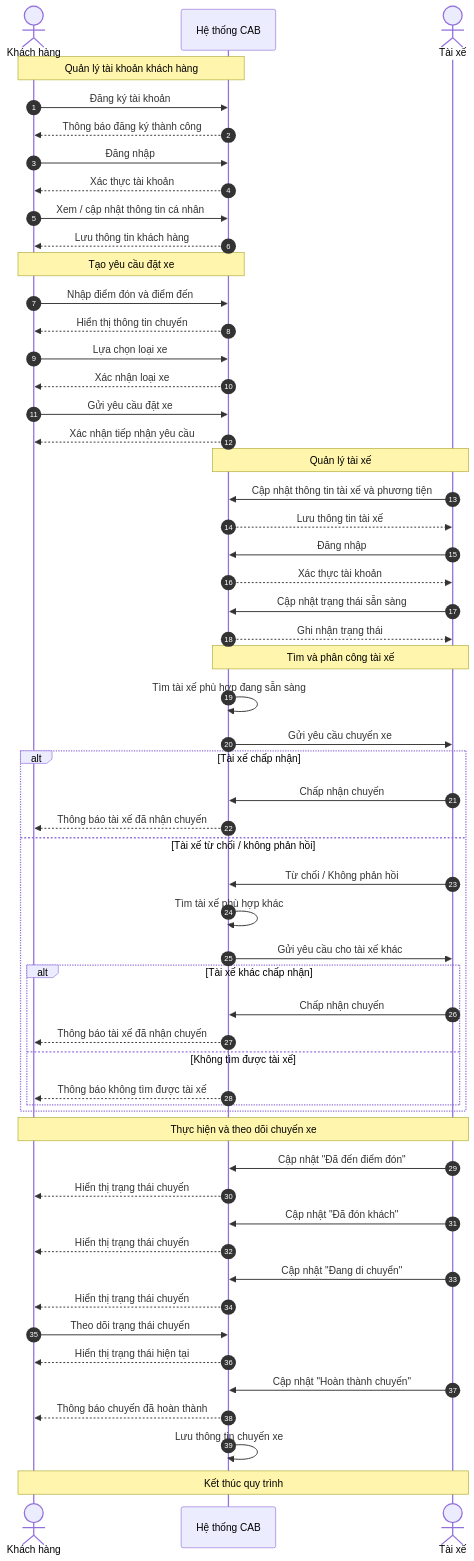
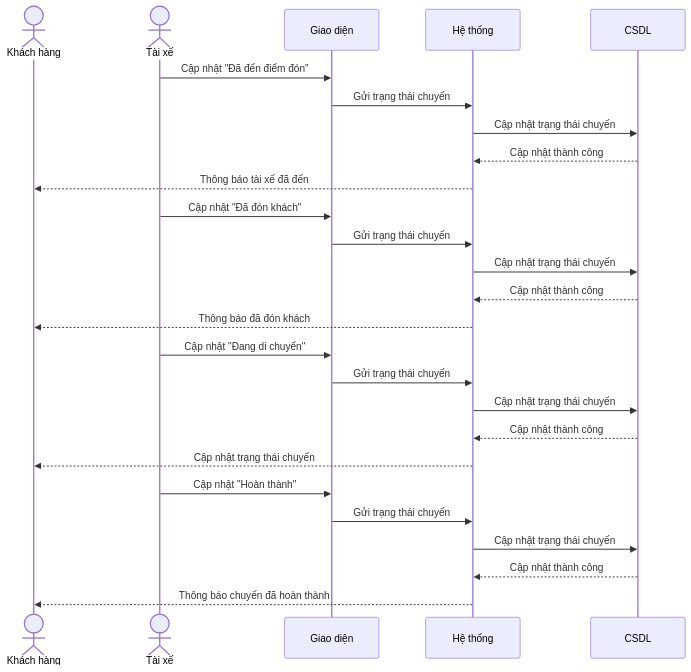
Before and after one commit to hieunghia11a10-prog/23670421_LeHieuNghia_CABSYSTEM: the tenth of 14 diagrams in SRS.md, drawn with Mermaid. The commit also changed other lines of this file, not shown here.

````diff
--- a/SRS.md
+++ b/SRS.md
@@ -686,84 +764,32 @@
 ```mermaid
 sequenceDiagram
-    autonumber
+    actor KH as Khách hàng
+    actor TX as Tài xế
+    participant UI as Giao diện
+    participant SYS as Hệ thống
+    participant DB as CSDL
 
-    actor KH as Khách hàng
-    participant HT as Hệ thống CAB
-    actor TX as Tài xế
+    TX->>UI: Cập nhật "Đã đến điểm đón"
+    UI->>SYS: Gửi trạng thái chuyến
+    SYS->>DB: Cập nhật trạng thái chuyến
+    DB-->>SYS: Cập nhật thành công
+    SYS-->>KH: Thông báo tài xế đã đến
 
-    Note over KH,HT: Quản lý tài khoản khách hàng
+    TX->>UI: Cập nhật "Đã đón khách"
+    UI->>SYS: Gửi trạng thái chuyến
+    SYS->>DB: Cập nhật trạng thái chuyến
+    DB-->>SYS: Cập nhật thành công
+    SYS-->>KH: Thông báo đã đón khách
 
-    KH->>HT: Đăng ký tài khoản
-    HT-->>KH: Thông báo đăng ký thành công
+    TX->>UI: Cập nhật "Đang di chuyển"
+    UI->>SYS: Gửi trạng thái chuyến
+    SYS->>DB: Cập nhật trạng thái chuyến
+    DB-->>SYS: Cập nhật thành công
+    SYS-->>KH: Cập nhật trạng thái chuyến
 
-    KH->>HT: Đăng nhập
-    HT-->>KH: Xác thực tài khoản
-
-    KH->>HT: Xem / cập nhật thông tin cá nhân
-    HT-->>KH: Lưu thông tin khách hàng
-
-    Note over KH,HT: Tạo yêu cầu đặt xe
-
-    KH->>HT: Nhập điểm đón và điểm đến
-    HT-->>KH: Hiển thị thông tin chuyến
-
-    KH->>HT: Lựa chọn loại xe
-    HT-->>KH: Xác nhận loại xe
-
-    KH->>HT: Gửi yêu cầu đặt xe
-    HT-->>KH: Xác nhận tiếp nhận yêu cầu
-
-    Note over TX,HT: Quản lý tài xế
-
-    TX->>HT: Cập nhật thông tin tài xế và phương tiện
-    HT-->>TX: Lưu thông tin tài xế
-
-    TX->>HT: Đăng nhập
-    HT-->>TX: Xác thực tài khoản
-
-    TX->>HT: Cập nhật trạng thái sẵn sàng
-    HT-->>TX: Ghi nhận trạng thái
-
-    Note over HT,TX: Tìm và phân công tài xế
-
-    HT->>HT: Tìm tài xế phù hợp đang sẵn sàng
-    HT->>TX: Gửi yêu cầu chuyến xe
-
-    alt Tài xế chấp nhận
-        TX->>HT: Chấp nhận chuyến
-        HT-->>KH: Thông báo tài xế đã nhận chuyến
-
-    else Tài xế từ chối / không phản hồi
-        TX->>HT: Từ chối / Không phản hồi
-        HT->>HT: Tìm tài xế phù hợp khác
-        HT->>TX: Gửi yêu cầu cho tài xế khác
-
-        alt Tài xế khác chấp nhận
-            TX->>HT: Chấp nhận chuyến
-            HT-->>KH: Thông báo tài xế đã nhận chuyến
-        else Không tìm được tài xế
-            HT-->>KH: Thông báo không tìm được tài xế
-        end
-    end
-
-    Note over KH,TX: Thực hiện và theo dõi chuyến xe
-
-    TX->>HT: Cập nhật "Đã đến điểm đón"
-    HT-->>KH: Hiển thị trạng thái chuyến
-
-    TX->>HT: Cập nhật "Đã đón khách"
-    HT-->>KH: Hiển thị trạng thái chuyến
-
-    TX->>HT: Cập nhật "Đang di chuyển"
-    HT-->>KH: Hiển thị trạng thái chuyến
-
-    KH->>HT: Theo dõi trạng thái chuyến
-    HT-->>KH: Hiển thị trạng thái hiện tại
-
-    TX->>HT: Cập nhật "Hoàn thành chuyến"
-    HT-->>KH: Thông báo chuyến đã hoàn thành
-
-    HT->>HT: Lưu thông tin chuyến xe
-
-    Note over KH,TX: Kết thúc quy trình
+    TX->>UI: Cập nhật "Hoàn thành"
+    UI->>SYS: Gửi trạng thái chuyến
+    SYS->>DB: Cập nhật trạng thái chuyến
+    DB-->>SYS: Cập nhật thành công
+    SYS-->>KH: Thông báo chuyến đã hoàn thành
 ```
````
